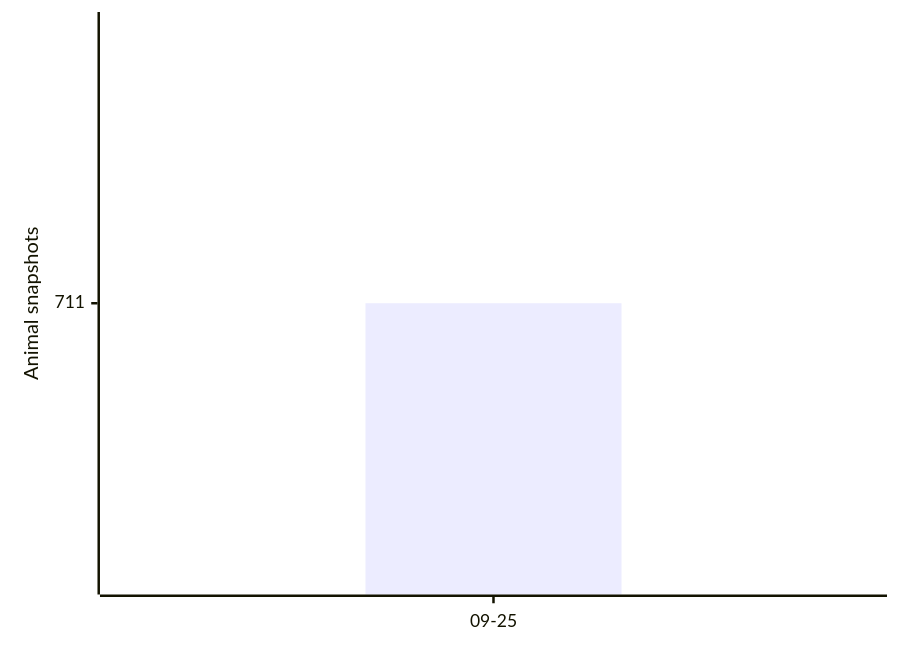
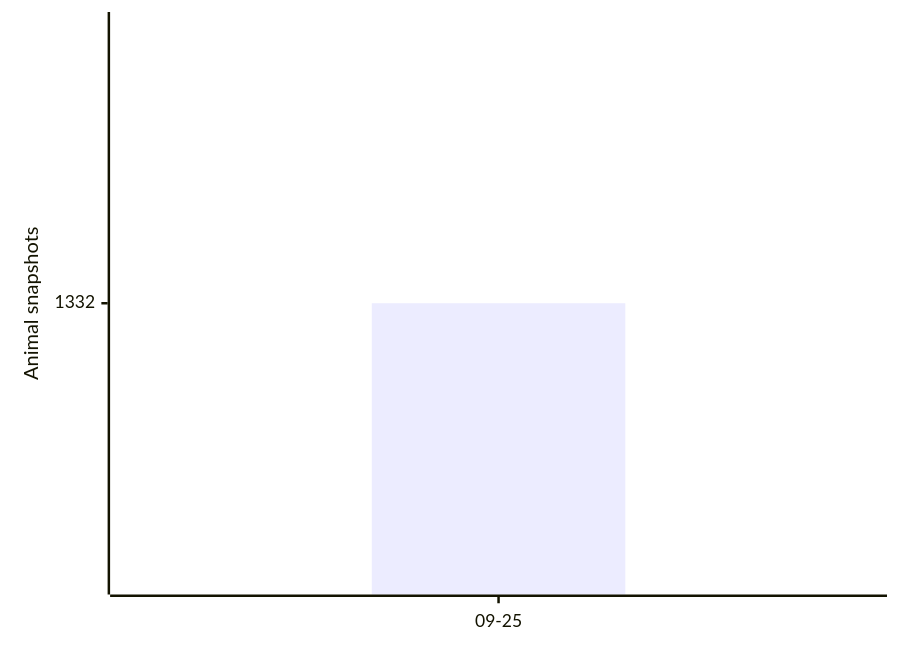
Before and after one commit to joshuafrommeyer-35/PierTracker: the first of 3 diagrams in README.md, drawn with Mermaid. The commit also changed other lines of this file and 8 other files, not shown here.

````diff
--- a/README.md
+++ b/README.md
@@ -74,6 +97,6 @@
 ```mermaid
 xychart-beta
     x-axis ["09-25"]
     y-axis "Animal snapshots"
-    bar [711]
+    bar [1332]
 ```
````
